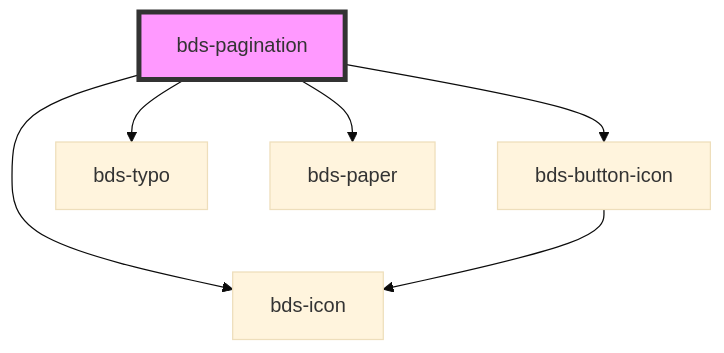
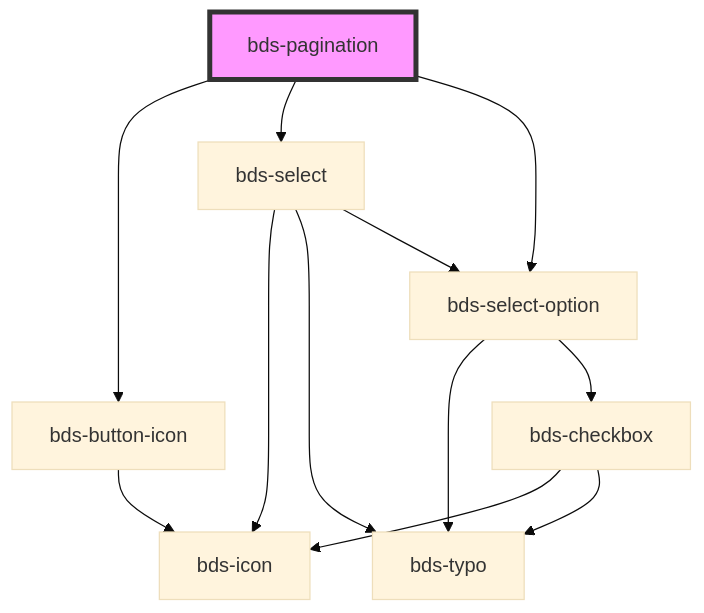
The diagram in src/components/pagination/readme.md (takenet/blip-ds), drawn with Mermaid (base theme) before and after one commit. The commit also changed other lines of this file and 10 other files, not shown here.

````diff
--- a/src/components/pagination/readme.md
+++ b/src/components/pagination/readme.md
@@ -39,9 +38,15 @@
 ```mermaid
 graph TD;
   bds-pagination --> bds-button-icon
-  bds-pagination --> bds-typo
-  bds-pagination --> bds-icon
-  bds-pagination --> bds-paper
+  bds-pagination --> bds-select
+  bds-pagination --> bds-select-option
   bds-button-icon --> bds-icon
+  bds-select --> bds-icon
+  bds-select --> bds-typo
+  bds-select --> bds-select-option
+  bds-select-option --> bds-typo
+  bds-select-option --> bds-checkbox
+  bds-checkbox --> bds-icon
+  bds-checkbox --> bds-typo
   style bds-pagination fill:#f9f,stroke:#333,stroke-width:4px
 ```
````
